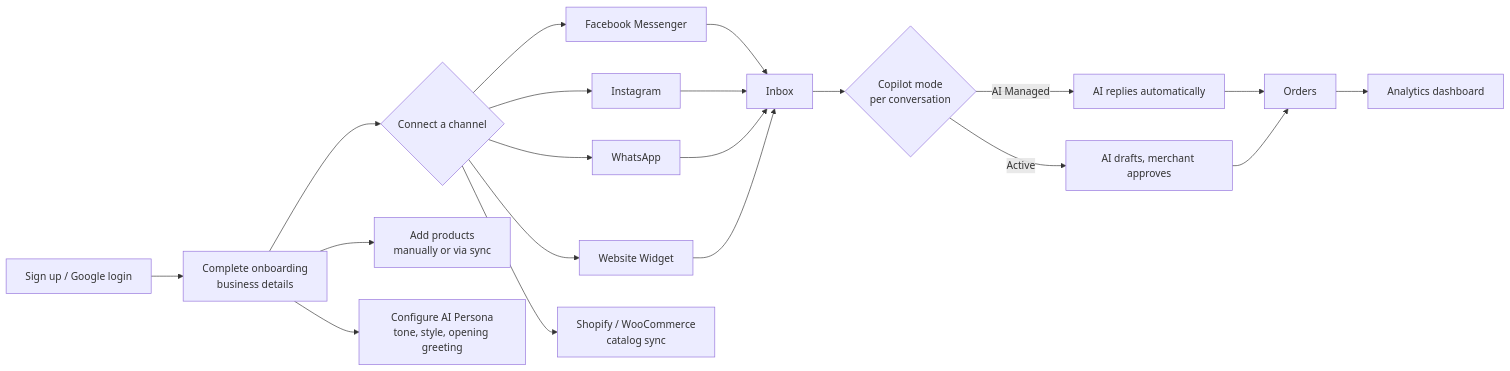
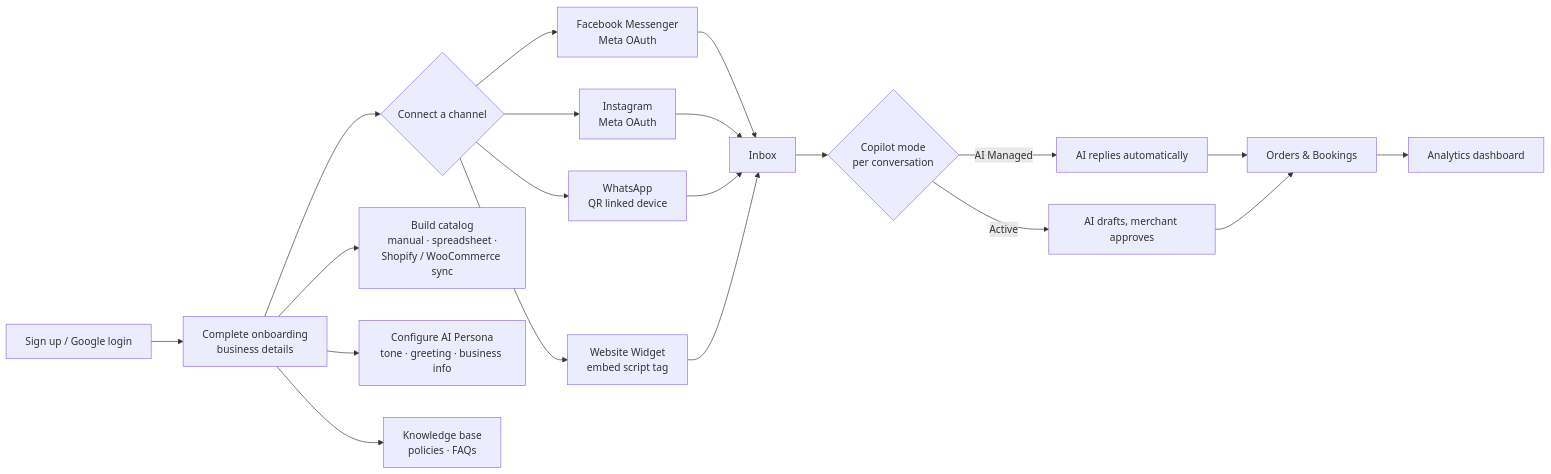
Before and after one commit to SafatUddin/Remlin: the third of 3 diagrams in README.md, drawn with Mermaid. The commit also changed other lines of this file, not shown here.

````diff
--- a/README.md
+++ b/README.md
@@ -128,22 +170,22 @@
 ```mermaid
 flowchart LR
     A[Sign up / Google login] --> B[Complete onboarding<br/>business details]
     B --> C{Connect a channel}
-    C --> C1[Facebook Messenger]
-    C --> C2[Instagram]
-    C --> C3[WhatsApp]
-    C --> C4[Website Widget]
-    C --> C5[Shopify / WooCommerce<br/>catalog sync]
-    B --> D[Add products<br/>manually or via sync]
-    B --> E[Configure AI Persona<br/>tone, style, opening greeting]
+    C --> C1[Facebook Messenger<br/>Meta OAuth]
+    C --> C2[Instagram<br/>Meta OAuth]
+    C --> C3[WhatsApp<br/>QR linked device]
+    C --> C4[Website Widget<br/>embed script tag]
+    B --> D[Build catalog<br/>manual · spreadsheet ·<br/>Shopify / WooCommerce sync]
+    B --> E[Configure AI Persona<br/>tone · greeting · business info]
+    B --> KB[Knowledge base<br/>policies · FAQs]
     C1 --> F[Inbox]
     C2 --> F
     C3 --> F
     C4 --> F
     F --> G{Copilot mode<br/>per conversation}
     G -->|AI Managed| H[AI replies automatically]
     G -->|Active| I[AI drafts, merchant approves]
-    H --> J[Orders]
+    H --> J[Orders & Bookings]
     I --> J
     J --> K[Analytics dashboard]
 ```
````
